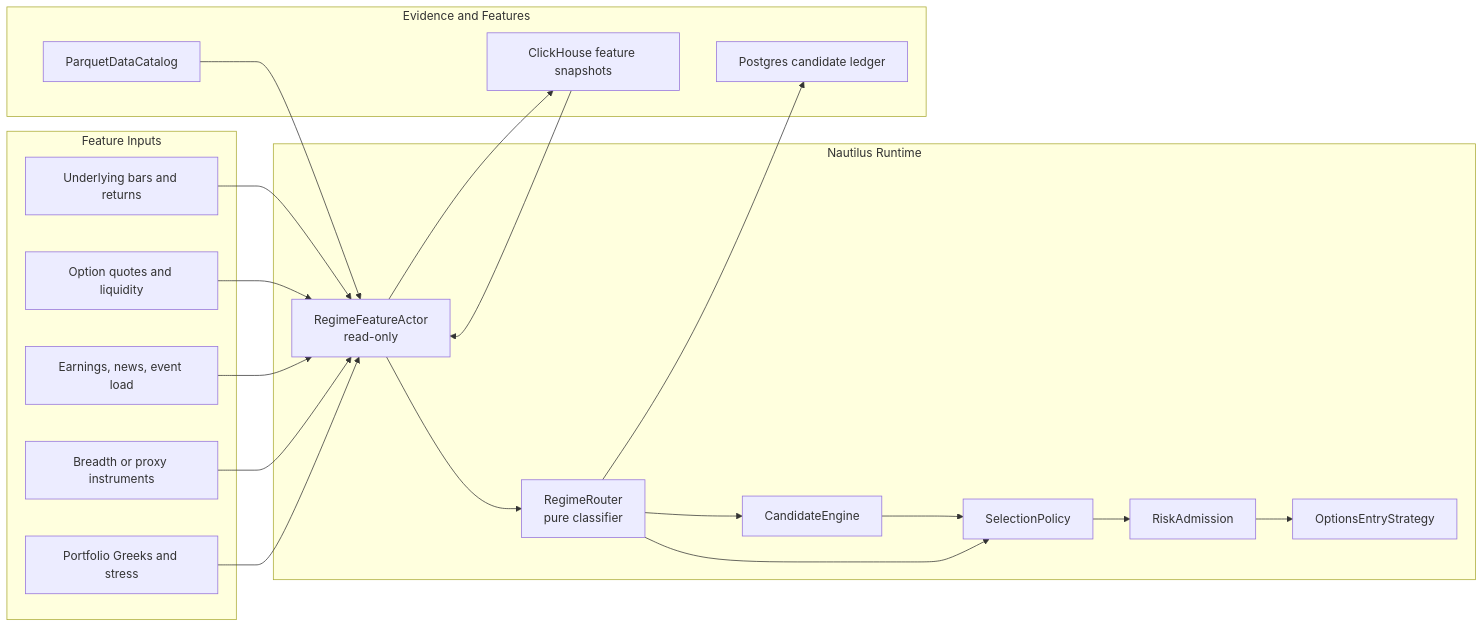
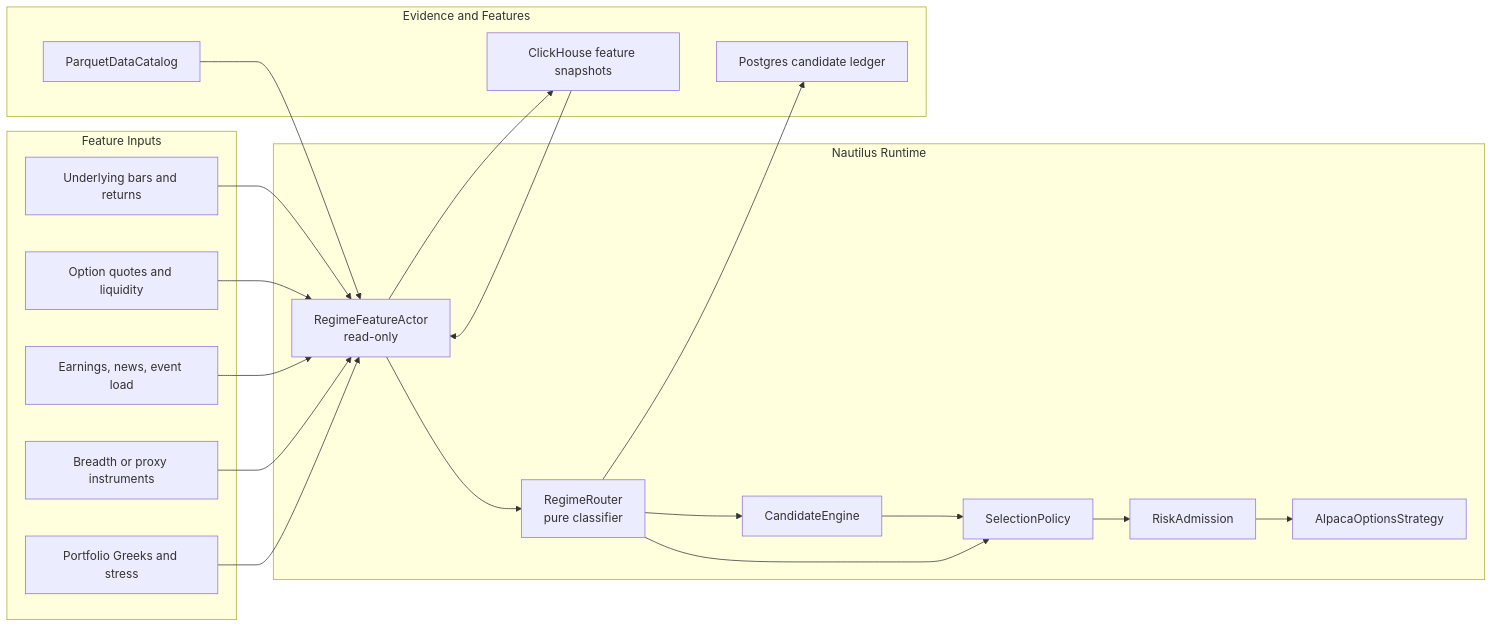
Before and after one commit to afrojuju1/nautilus_trader: the first of 2 diagrams in docs/developer_guide/alpaca_regime_router.md, drawn with Mermaid. The commit also changed other lines of this file and 63 other files, not shown here.

Commit message:
Simplify Alpaca options runtime surface

````diff
--- a/docs/developer_guide/alpaca_regime_router.md
+++ b/docs/developer_guide/alpaca_regime_router.md
@@ -49,41 +49,41 @@
 ```mermaid
 flowchart LR
     subgraph Inputs ["Feature Inputs"]
         Bars["Underlying bars and returns"]
         Quotes["Option quotes and liquidity"]
         Events["Earnings, news, event load"]
         Breadth["Breadth or proxy instruments"]
         Portfolio["Portfolio Greeks and stress"]
     end
 
     subgraph Runtime ["Nautilus Runtime"]
         FeatureActor["RegimeFeatureActor<br/>read-only"]
         Router["RegimeRouter<br/>pure classifier"]
         CandidateEngine["CandidateEngine"]
         SelectionPolicy["SelectionPolicy"]
         RiskAdmission["RiskAdmission"]
-        EntryStrategy["OptionsEntryStrategy"]
+        EntryStrategy["AlpacaOptionsStrategy"]
     end
 
     subgraph Storage ["Evidence and Features"]
         Catalog["ParquetDataCatalog"]
         ClickHouse["ClickHouse feature snapshots"]
         Postgres["Postgres candidate ledger"]
     end
 
     Bars --> FeatureActor
     Quotes --> FeatureActor
     Events --> FeatureActor
     Breadth --> FeatureActor
     Portfolio --> FeatureActor
     Catalog --> FeatureActor
     ClickHouse --> FeatureActor
     FeatureActor --> Router
     Router --> CandidateEngine
     CandidateEngine --> SelectionPolicy
     Router --> SelectionPolicy
     SelectionPolicy --> RiskAdmission
     RiskAdmission --> EntryStrategy
     Router --> Postgres
     FeatureActor --> ClickHouse
 ```
````
